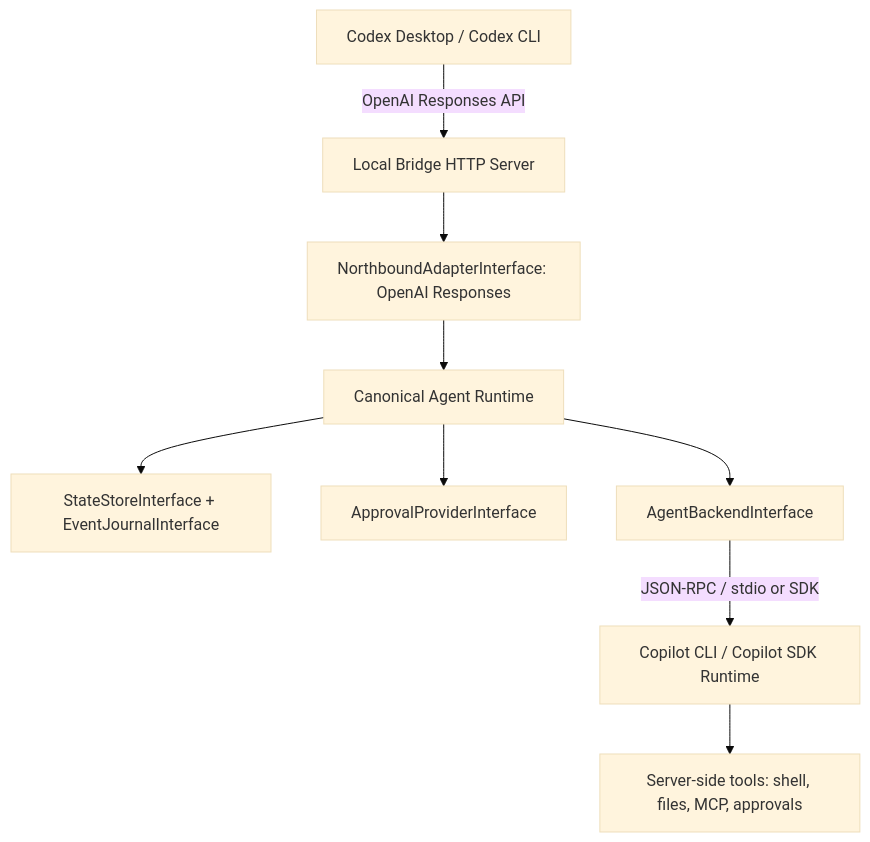
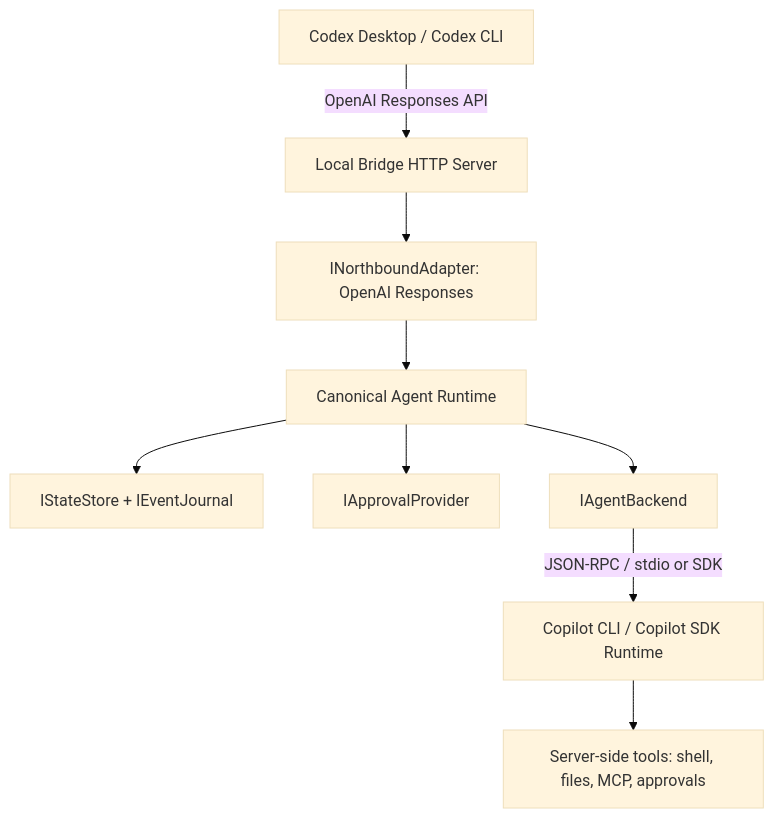
The diagram in plans/copilot-acp-responses-bridge/research.md (LaChimere/volare), drawn with Mermaid (base theme) before and after one commit. The commit also changed other lines of this file and 13 other files, not shown here.

````diff
--- a/plans/copilot-acp-responses-bridge/research.md
+++ b/plans/copilot-acp-responses-bridge/research.md
@@ -11,11 +11,11 @@
 ```mermaid
 flowchart TD
   A[Codex Desktop / Codex CLI] -->|OpenAI Responses API| B[Local Bridge HTTP Server]
-  B --> C[NorthboundAdapterInterface: OpenAI Responses]
+  B --> C[INorthboundAdapter: OpenAI Responses]
   C --> D[Canonical Agent Runtime]
-  D --> E[StateStoreInterface + EventJournalInterface]
-  D --> F[ApprovalProviderInterface]
-  D --> G[AgentBackendInterface]
+  D --> E[IStateStore + IEventJournal]
+  D --> F[IApprovalProvider]
+  D --> G[IAgentBackend]
   G -->|JSON-RPC / stdio or SDK| H[Copilot CLI / Copilot SDK Runtime]
   H --> I[Server-side tools: shell, files, MCP, approvals]
 ```
````
